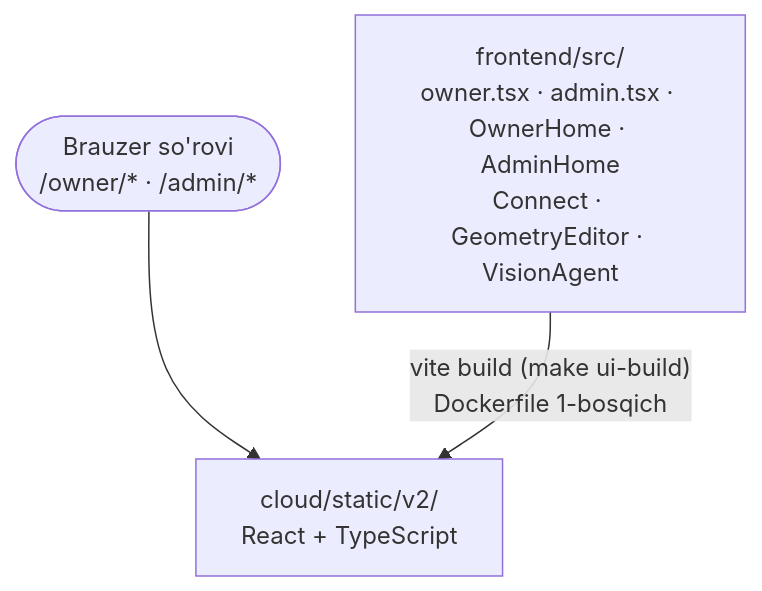
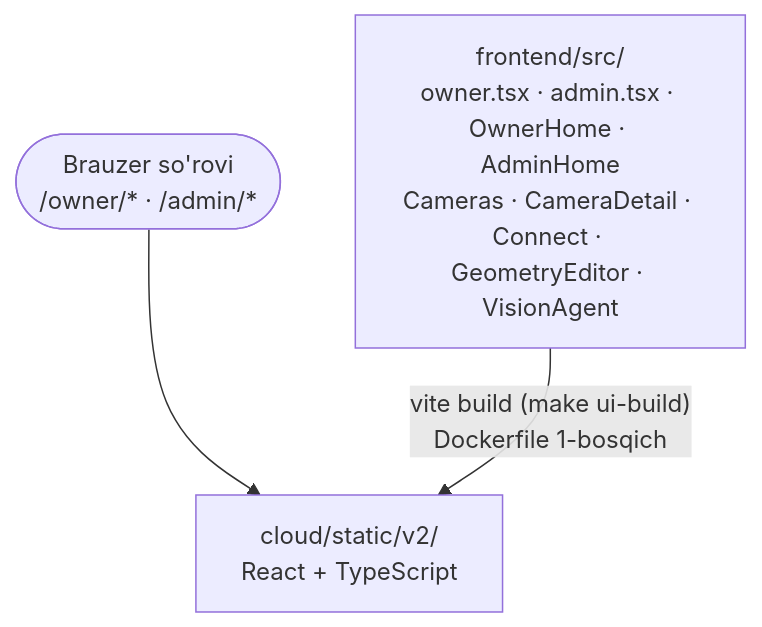
Before and after one commit to techjadid2-debug/chaqimchi-ai: the ninth of 9 diagrams in docs/ARXITEKTURA_XARITASI.md, drawn with Mermaid. The commit also changed other lines of this file and 2 other files, not shown here.

````diff
--- a/docs/ARXITEKTURA_XARITASI.md
+++ b/docs/ARXITEKTURA_XARITASI.md
@@ -521,9 +521,9 @@
 ```mermaid
 flowchart TB
   REQ(["Brauzer so'rovi<br/>/owner/* · /admin/*"])
   NEW["cloud/static/v2/<br/>React + TypeScript"]
-  SRC["frontend/src/<br/>owner.tsx · admin.tsx · OwnerHome · AdminHome<br/>Connect · GeometryEditor · VisionAgent"]
+  SRC["frontend/src/<br/>owner.tsx · admin.tsx · OwnerHome · AdminHome<br/>Cameras · CameraDetail · Connect · GeometryEditor · VisionAgent"]
 
   REQ --> NEW
   SRC -->|"vite build (make ui-build)<br/>Dockerfile 1-bosqich"| NEW
 ```
````
